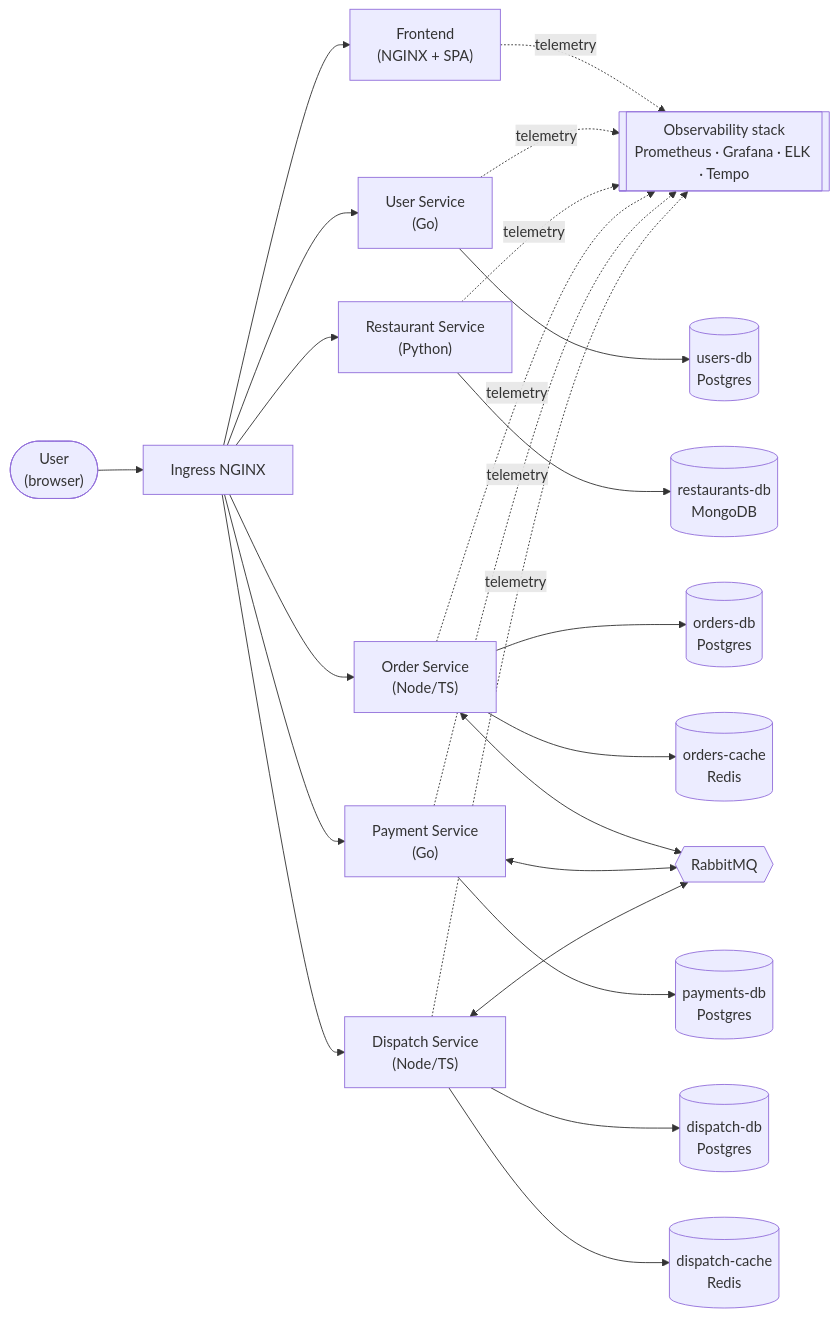
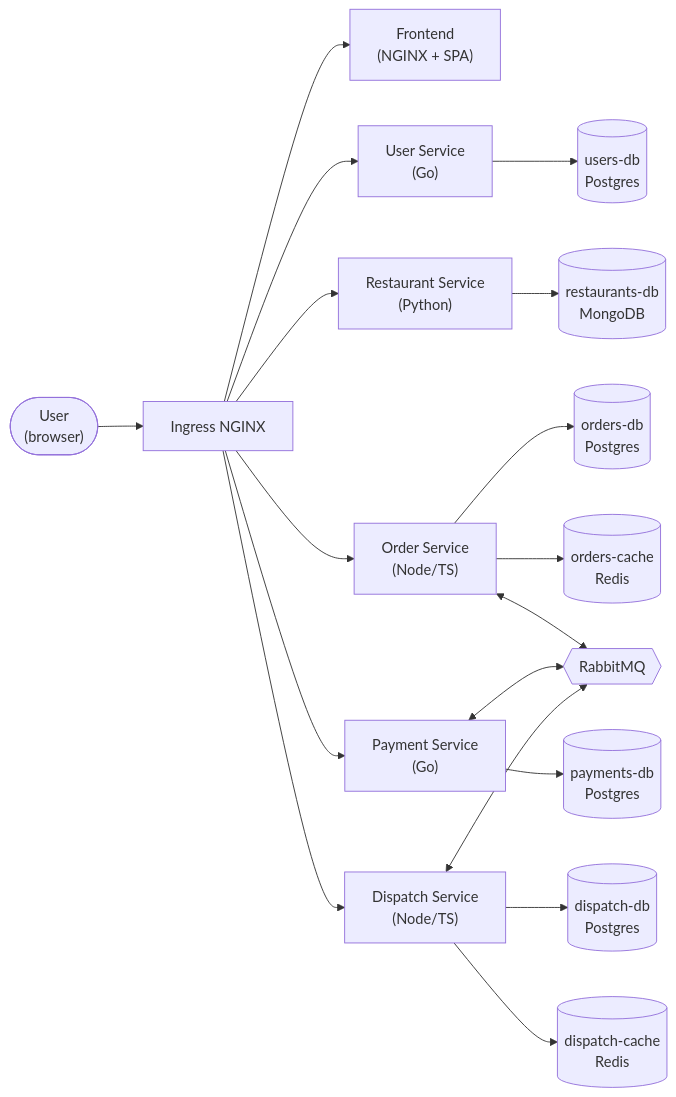
One commit to ThePainTester/food-delivery changed the first of 8 diagrams in README.md. Above: the diagram before and after it, drawn with Mermaid. The commit also changed other lines of this file, not shown here.

````diff
--- a/README.md
+++ b/README.md
@@ -29,25 +29,23 @@
 ```mermaid
 flowchart LR
   user(["User<br/>(browser)"]) --> ing["Ingress NGINX"]
 
   ing --> fe["Frontend<br/>(NGINX + SPA)"]
   ing --> us["User Service<br/>(Go)"]
   ing --> rs["Restaurant Service<br/>(Python)"]
   ing --> os["Order Service<br/>(Node/TS)"]
   ing --> ps["Payment Service<br/>(Go)"]
   ing --> ds["Dispatch Service<br/>(Node/TS)"]
 
   us --> usdb[("users-db<br/>Postgres")]
   rs --> rsdb[("restaurants-db<br/>MongoDB")]
   os --> osdb[("orders-db<br/>Postgres")]
   os --> orc[("orders-cache<br/>Redis")]
   ps --> psdb[("payments-db<br/>Postgres")]
   ds --> dsdb[("dispatch-db<br/>Postgres")]
   ds --> dsc[("dispatch-cache<br/>Redis")]
 
   os <--> mq{{"RabbitMQ"}}
   ps <--> mq
   ds <--> mq
-
-  fe & us & rs & os & ps & ds -. telemetry .-> obs[["Observability stack<br/>Prometheus · Grafana · ELK · Tempo"]]
 ```
````
